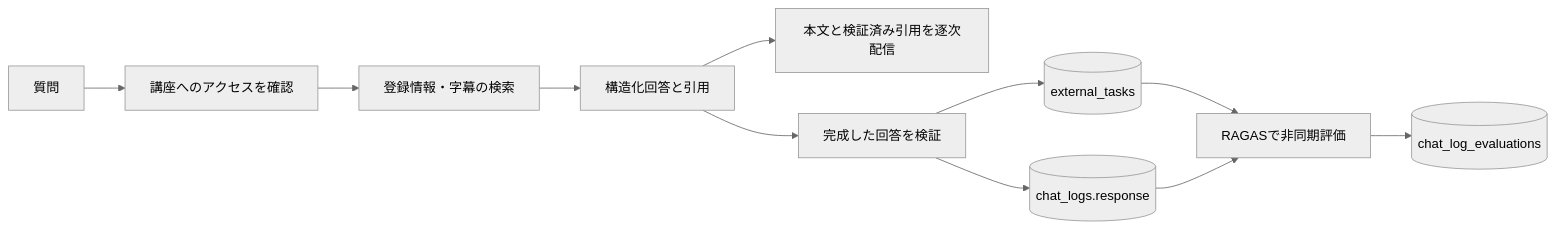
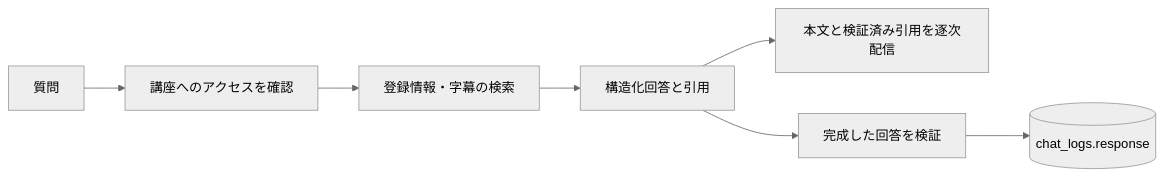
The second of 2 diagrams in apps/docs/i18n/ja/docusaurus-plugin-content-docs/current/database/data-flow-diagram.md (yukiharada1228/videoq), drawn with Mermaid (neutral theme) before and after one commit. The commit also changed other lines of this file and 121 other files, not shown here.

````diff
--- a/apps/docs/i18n/ja/docusaurus-plugin-content-docs/current/database/data-flow-diagram.md
+++ b/apps/docs/i18n/ja/docusaurus-plugin-content-docs/current/database/data-flow-diagram.md
@@ -27,13 +27,9 @@
 ```mermaid
 flowchart LR
     Question[質問] --> Access[講座へのアクセスを確認]
     Access --> Context[登録情報・字幕の検索]
     Context --> Answer[構造化回答と引用]
     Answer --> Browser[本文と検証済み引用を逐次配信]
     Answer --> Validate[完成した回答を検証]
     Validate --> Logs[(chat_logs.response)]
-    Validate --> Outbox[(external_tasks)]
-    Outbox --> Evaluation[RAGASで非同期評価]
-    Logs --> Evaluation
-    Evaluation --> Scores[(chat_log_evaluations)]
 ```
````
